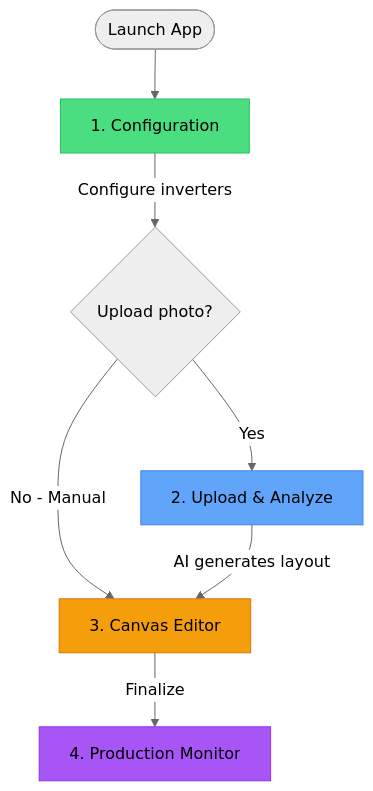
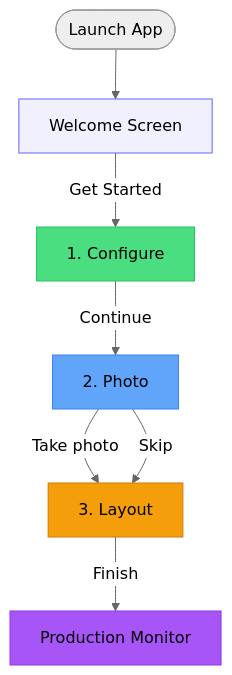
The diagram in README.md (benjaminkomen/solar-array-simulator), drawn with Mermaid (neutral theme) before and after one commit. The commit also changed other lines of this file and 14 other files, not shown here.

Commit message:
Add Wizard Flow with Progress Indicator (#6)

````diff
--- a/README.md
+++ b/README.md
@@ -9,14 +9,15 @@
 ```mermaid
 flowchart TD
-    START([Launch App]) --> CONFIG[1. Configuration]
-    CONFIG --> |Configure inverters| CHOICE{Upload photo?}
-    CHOICE --> |Yes| UPLOAD[2. Upload & Analyze]
-    CHOICE --> |No - Manual| CUSTOM[3. Canvas Editor]
-    UPLOAD --> |AI generates layout| CUSTOM
-    CUSTOM --> |Finalize| PRODUCTION[4. Production Monitor]
+    START([Launch App]) --> WELCOME[Welcome Screen]
+    WELCOME --> |Get Started| CONFIG[1. Configure]
+    CONFIG --> |Continue| UPLOAD[2. Photo]
+    UPLOAD --> |Take photo| CUSTOM[3. Layout]
+    UPLOAD --> |Skip| CUSTOM
+    CUSTOM --> |Finish| PRODUCTION[Production Monitor]
 
+    style WELCOME fill:#f0f0ff,stroke:#6366f1
     style CONFIG fill:#4ade80,stroke:#22c55e
     style UPLOAD fill:#60a5fa,stroke:#3b82f6
     style CUSTOM fill:#f59e0b,stroke:#d97706
     style PRODUCTION fill:#a855f7,stroke:#9333ea
 ```
````
